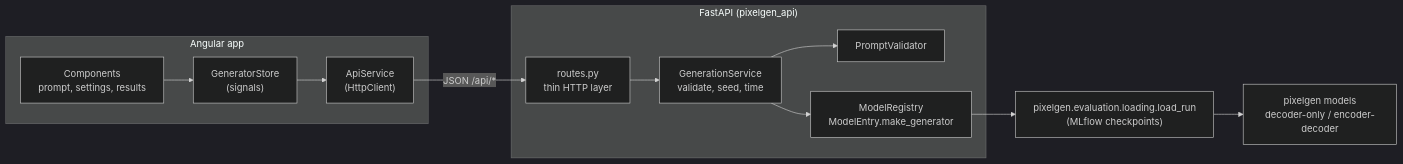
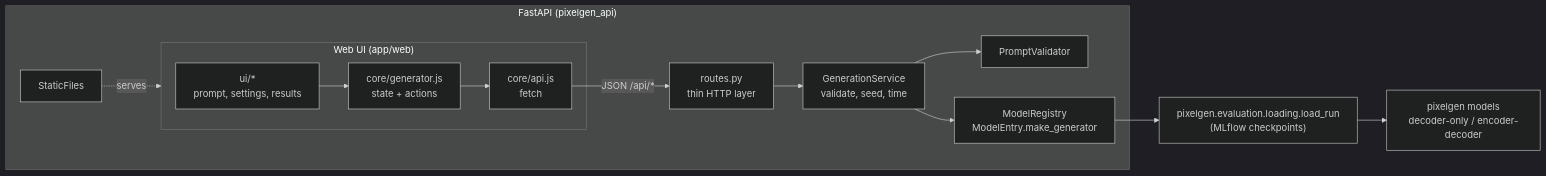
The diagram in app/README.md (jerf8010/text-to-pixel), drawn with Mermaid (dark theme) before and after one commit. The commit also changed other lines of this file and 23 other files, not shown here.

Commit message:
docs: add web app screenshot

````diff
--- a/app/README.md
+++ b/app/README.md
@@ -60,17 +62,18 @@
 ```mermaid
 flowchart LR
-    subgraph Browser["Angular app"]
-        C["Components<br/>prompt, settings, results"] --> S["GeneratorStore<br/>(signals)"]
-        S --> A["ApiService<br/>(HttpClient)"]
+    subgraph Browser["Web UI (app/web)"]
+        C["ui/*<br/>prompt, settings, results"] --> S["core/generator.js<br/>state + actions"]
+        S --> A["core/api.js<br/>fetch"]
     end
     A -- "JSON /api/*" --> R
 
     subgraph API["FastAPI (pixelgen_api)"]
         R["routes.py<br/>thin HTTP layer"] --> G["GenerationService<br/>validate, seed, time"]
         G --> V["PromptValidator"]
         G --> M["ModelRegistry<br/>ModelEntry.make_generator"]
+        ST["StaticFiles"] -. "serves" .-> Browser
     end
 
     M --> L["pixelgen.evaluation.loading.load_run<br/>(MLflow checkpoints)"]
     L --> P["pixelgen models<br/>decoder-only / encoder-decoder"]
 ```
````
